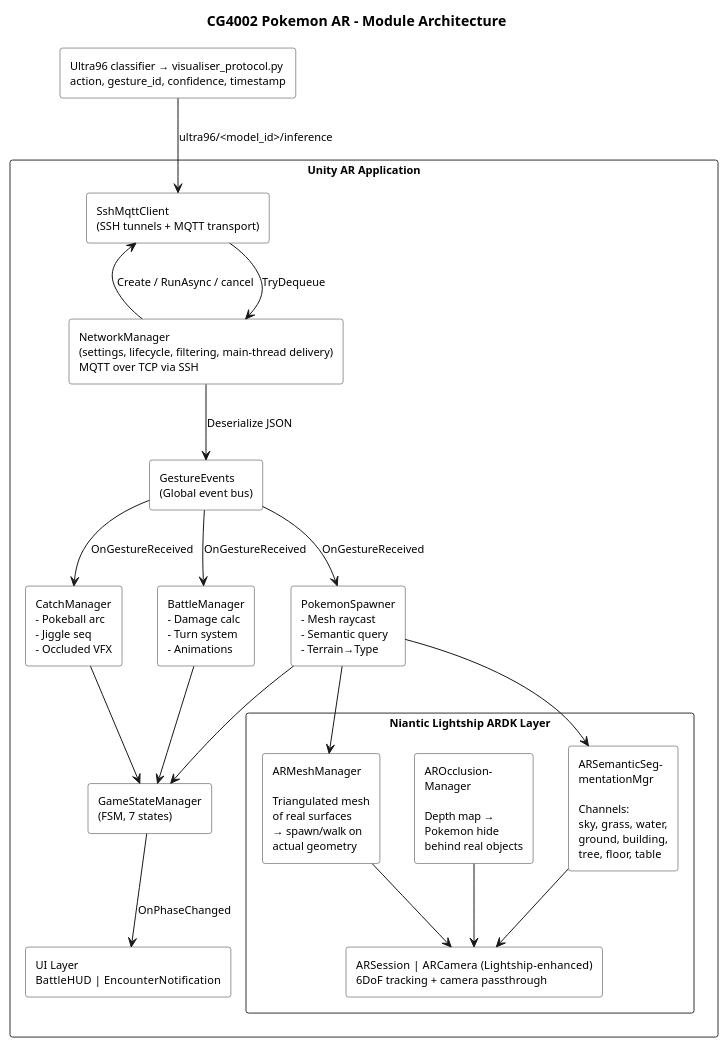
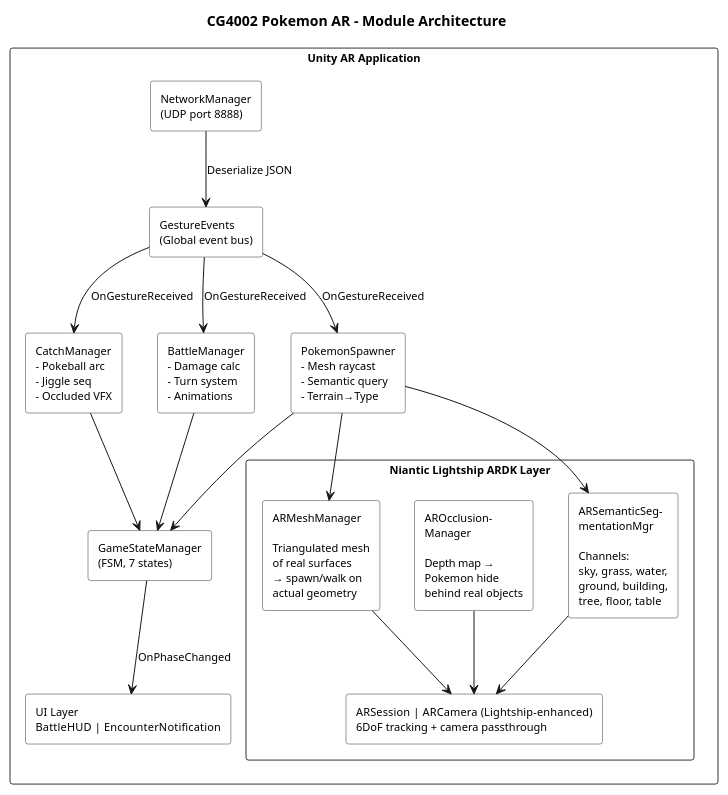
Before and after one commit to jadenlimjc/CG4002-Pokemon-AR: the diagram in visualiser/Docs/module_architecture.puml, drawn with PlantUML. The commit also changed 1218 other files, not shown here.

```diff
--- a/visualiser/Docs/module_architecture.puml
+++ b/visualiser/Docs/module_architecture.puml
@@ -1,56 +1,50 @@
 @startuml CG4002_Module_Architecture
 
 skinparam defaultFontSize 11
 skinparam shadowing false
 skinparam rectangleBorderColor #333333
 skinparam rectangleBackgroundColor #FFFFFF
 
 title CG4002 Pokemon AR - Module Architecture
 
 rectangle "Unity AR Application" as App {
 
-    rectangle "SshMqttClient\n(SSH tunnels + MQTT transport)" as Comms
-    rectangle "NetworkManager\n(settings, lifecycle, filtering, main-thread delivery)\nMQTT over TCP via SSH" as NetworkMgr
+    rectangle "NetworkManager\n(UDP port 8888)" as NetworkMgr
     rectangle "GestureEvents\n(Global event bus)" as GestureEvt
 
     rectangle "CatchManager\n- Pokeball arc\n- Jiggle seq\n- Occluded VFX" as CatchMgr
     rectangle "BattleManager\n- Damage calc\n- Turn system\n- Animations" as BattleMgr
     rectangle "PokemonSpawner\n- Mesh raycast\n- Semantic query\n- Terrain→Type" as Spawner
 
     rectangle "GameStateManager\n(FSM, 7 states)" as GSM
 
     rectangle "UI Layer\nBattleHUD  |  EncounterNotification" as UI
 
     rectangle "Niantic Lightship ARDK Layer" as Lightship {
         rectangle "ARSemanticSeg-\nmentationMgr\n\nChannels:\nsky, grass, water,\nground, building,\ntree, floor, table" as SemanticMgr
         rectangle "AROcclusion-\nManager\n\nDepth map →\nPokemon hide\nbehind real objects" as OcclusionMgr
         rectangle "ARMeshManager\n\nTriangulated mesh\nof real surfaces\n→ spawn/walk on\nactual geometry" as MeshMgr
         rectangle "ARSession  |  ARCamera (Lightship-enhanced)\n6DoF tracking + camera passthrough" as ARSession
     }
 }
 
-rectangle "Ultra96 classifier → visualiser_protocol.py\naction, gesture_id, confidence, timestamp" as Ultra96
-
 ' === Connections ===
-Ultra96 -down-> Comms : "ultra96/<model_id>/inference"
-NetworkMgr -up-> Comms : "Create / RunAsync / cancel"
-Comms -down-> NetworkMgr : "TryDequeue"
 NetworkMgr -down-> GestureEvt : "Deserialize JSON"
 
 GestureEvt -down-> CatchMgr : "OnGestureReceived"
 GestureEvt -down-> BattleMgr : "OnGestureReceived"
 GestureEvt -down-> Spawner : "OnGestureReceived"
 
 CatchMgr -down-> GSM
 BattleMgr -down-> GSM
 Spawner -down-> GSM
 
 GSM -down-> UI : "OnPhaseChanged"
 
 Spawner -down-> SemanticMgr
 Spawner -down-> MeshMgr
 SemanticMgr -down-> ARSession
 OcclusionMgr -down-> ARSession
 MeshMgr -down-> ARSession
 
 @enduml
```
